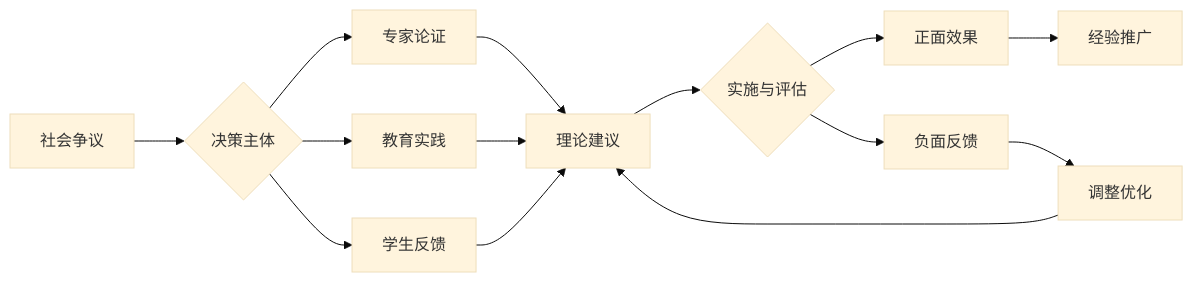
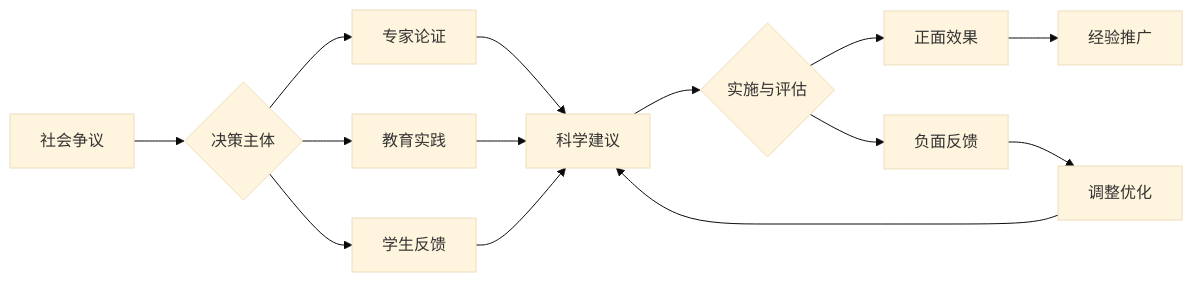
Before and after one commit to AdaMartin18010/SeniorEnducation: the fourth of 4 diagrams in 01-哲学科学基础/01-认知科学与学习理论.md, drawn with Mermaid (base theme). The commit also changed other lines of this file and 3 other files, not shown here.

````diff
--- a/01-哲学科学基础/01-认知科学与学习理论.md
+++ b/01-哲学科学基础/01-认知科学与学习理论.md
@@ -265,16 +265,16 @@
 ```mermaid
 graph LR
     A[社会争议] --> B{决策主体}
     B --> C[专家论证]
     B --> D[教育实践]
     B --> E[学生反馈]
-    C --> F[理论建议]
+    C --> F[科学建议]
     D --> F
     E --> F
     F --> G{实施与评估}
     G --> H[正面效果]
     G --> I[负面反馈]
     I --> J[调整优化]
     H --> K[经验推广]
     J --> F
 ```
````
